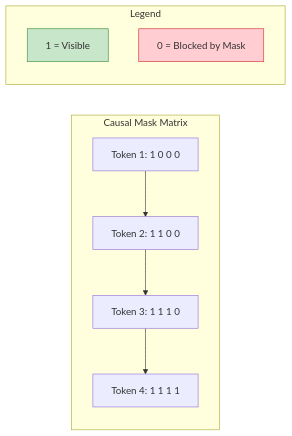
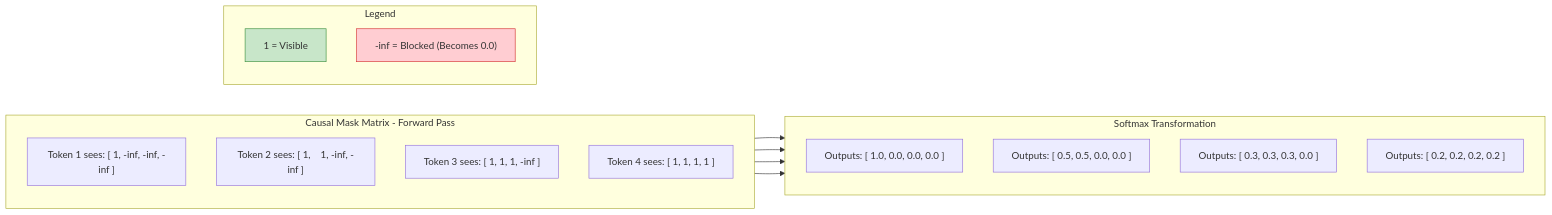
The diagram in topics/Mitra Topics/03_CAUSAL_DECODER_BLOCK.md (Nagaraj17/ai-learning-lab), drawn with Mermaid before and after one commit. The commit also changed other lines of this file and 4 other files, not shown here.

````diff
--- a/topics/Mitra Topics/03_CAUSAL_DECODER_BLOCK.md
+++ b/topics/Mitra Topics/03_CAUSAL_DECODER_BLOCK.md
@@ -34,20 +40,31 @@
 ```mermaid
 flowchart LR
-    subgraph Causal Mask Matrix
+    subgraph Causal Mask Matrix - Forward Pass
     direction TB
-        Row1[Token 1: 1 0 0 0]
-        Row2[Token 2: 1 1 0 0]
-        Row3[Token 3: 1 1 1 0]
-        Row4[Token 4: 1 1 1 1]
+        Row1["Token 1 sees: [ 1, -inf, -inf, -inf ]"]
+        Row2["Token 2 sees: [ 1,    1, -inf, -inf ]"]
+        Row3["Token 3 sees: [ 1,    1,    1, -inf ]"]
+        Row4["Token 4 sees: [ 1,    1,    1,    1 ]"]
+    end
+    
+    subgraph Softmax Transformation
+    direction TB
+        Out1["Outputs: [ 1.0, 0.0, 0.0, 0.0 ]"]
+        Out2["Outputs: [ 0.5, 0.5, 0.0, 0.0 ]"]
+        Out3["Outputs: [ 0.3, 0.3, 0.3, 0.0 ]"]
+        Out4["Outputs: [ 0.2, 0.2, 0.2, 0.2 ]"]
     end
     
     subgraph Legend
-        One[1 = Visible]
-        Zero[0 = Blocked by Mask]
+        One["1 = Visible"]
+        Zero["-inf = Blocked (Becomes 0.0)"]
     end
     
-    Row1 --> Row2 --> Row3 --> Row4
+    Row1 --> Out1
+    Row2 --> Out2
+    Row3 --> Out3
+    Row4 --> Out4
     
     style One fill:#c8e6c9,stroke:#388e3c
     style Zero fill:#ffcdd2,stroke:#d32f2f
 ```
````
